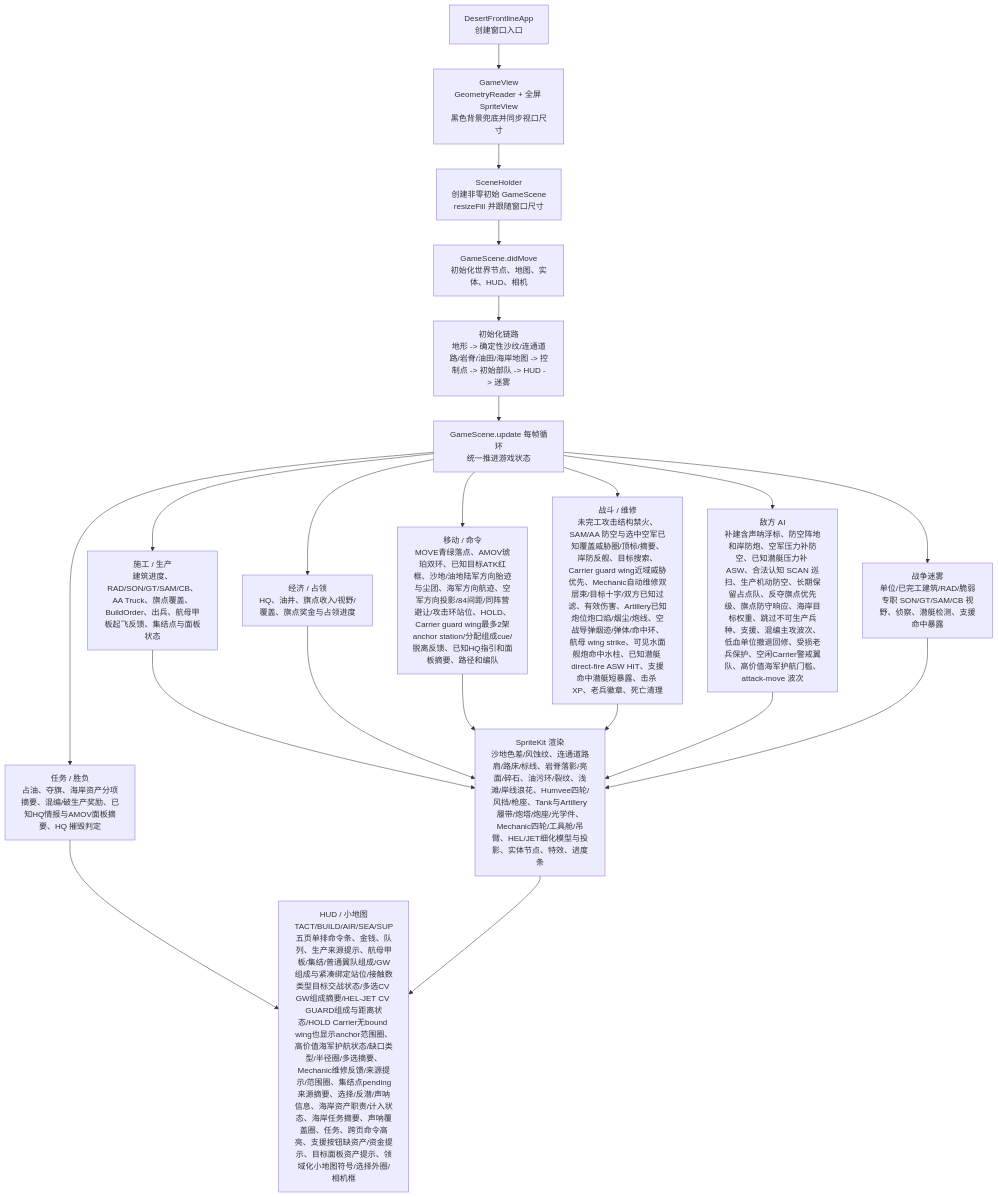
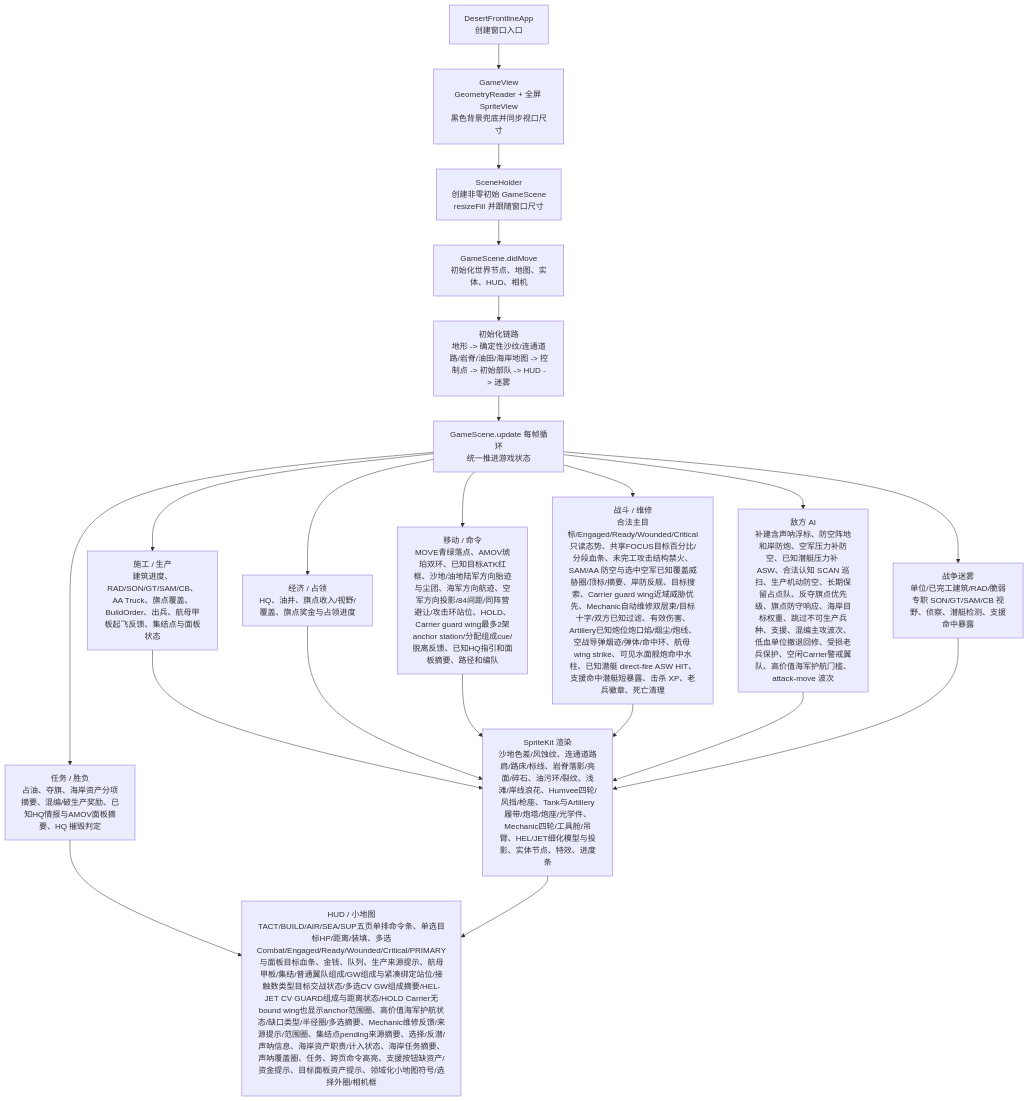
One commit to Altman-sam114/1145 changed the first of 3 diagrams in md/flow/flowchart.md. Above: the diagram before and after it, drawn with Mermaid. The commit also changed other lines of this file and 6 other files, not shown here.

````diff
--- a/md/flow/flowchart.md
+++ b/md/flow/flowchart.md
@@ -9,23 +9,23 @@
 ```mermaid
 flowchart TD
   App["DesertFrontlineApp\n创建窗口入口"] --> View["GameView\nGeometryReader + 全屏 SpriteView\n黑色背景兜底并同步视口尺寸"]
   View --> Holder["SceneHolder\n创建非零初始 GameScene\nresizeFill 并跟随窗口尺寸"]
   Holder --> Scene["GameScene.didMove\n初始化世界节点、地图、实体、HUD、相机"]
   Scene --> Init["初始化链路\n地形 -> 确定性沙纹/连通道路/岩脊/油田/海岸地图 -> 控制点 -> 初始部队 -> HUD -> 迷雾"]
   Init --> Loop["GameScene.update 每帧循环\n统一推进游戏状态"]
   Loop --> Build["施工 / 生产\n建筑进度、RAD/SON/GT/SAM/CB、AA Truck、旗点覆盖、BuildOrder、出兵、航母甲板起飞反馈、集结点与面板状态"]
   Loop --> Economy["经济 / 占领\nHQ、油井、旗点收入/视野/覆盖、旗点奖金与占领进度"]
   Loop --> Commands["移动 / 命令\nMOVE青绿落点、AMOV琥珀双环、已知目标ATK红框、沙地/油地陆军方向胎迹与尘团、海军方向航迹、空军方向投影/84间距/同阵营避让/攻击环站位、HOLD、Carrier guard wing最多2架anchor station/分配组成cue/脱离反馈、已知HQ指引和面板摘要、路径和编队"]
-  Loop --> Combat["战斗 / 维修\n未完工攻击结构禁火、SAM/AA 防空与选中空军已知覆盖威胁圈/顶标/摘要、岸防反舰、目标搜索、Carrier guard wing近域威胁优先、Mechanic自动维修双层束/目标十字/双方已知过滤、有效伤害、Artillery已知炮位炮口焰/烟尘/炮线、空战导弹烟迹/弹体/命中环、航母 wing strike、可见水面舰炮命中水柱、已知潜艇 direct-fire ASW HIT、支援命中潜艇短暴露、击杀 XP、老兵徽章、死亡清理"]
+  Loop --> Combat["战斗 / 维修\n合法主目标/Engaged/Ready/Wounded/Critical只读态势、共享FOCUS目标百分比/分段血条、未完工攻击结构禁火、SAM/AA 防空与选中空军已知覆盖威胁圈/顶标/摘要、岸防反舰、目标搜索、Carrier guard wing近域威胁优先、Mechanic自动维修双层束/目标十字/双方已知过滤、有效伤害、Artillery已知炮位炮口焰/烟尘/炮线、空战导弹烟迹/弹体/命中环、航母 wing strike、可见水面舰炮命中水柱、已知潜艇 direct-fire ASW HIT、支援命中潜艇短暴露、击杀 XP、老兵徽章、死亡清理"]
   Loop --> AI["敌方 AI\n补建含声呐浮标、防空阵地和岸防炮、空军压力补防空、已知潜艇压力补 ASW、合法认知 SCAN 巡扫、生产机动防空、长期保留占点队、反夺旗点优先级、旗点防守响应、海岸目标权重、跳过不可生产兵种、支援、混编主攻波次、低血单位撤退回修、受损老兵保护、空闲Carrier警戒翼队、高价值海军护航门槛、attack-move 波次"]
   Loop --> Fog["战争迷雾\n单位/已完工建筑/RAD/脆弱专职 SON/GT/SAM/CB 视野、侦察、潜艇检测、支援命中暴露"]
   Loop --> Mission["任务 / 胜负\n占油、夺旗、海岸资产分项摘要、混编/破生产奖励、已知HQ情报与AMOV面板摘要、HQ 摧毁判定"]
   Build --> Render["SpriteKit 渲染\n沙地色差/风蚀纹、连通道路肩/路床/标线、岩脊落影/亮面/碎石、油污环/裂纹、浅滩/岸线浪花、Humvee四轮/风挡/枪座、Tank与Artillery履带/炮塔/炮座/光学件、Mechanic四轮/工具舱/吊臂、HEL/JET细化模型与投影、实体节点、特效、进度条"]
   Economy --> Render
   Commands --> Render
   Combat --> Render
   AI --> Render
   Fog --> Render
-  Mission --> HUD["HUD / 小地图\nTACT/BUILD/AIR/SEA/SUP五页单排命令条、金钱、队列、生产来源提示、航母甲板/集结/普通翼队组成/GW组成与紧凑绑定站位/接触数类型目标交战状态/多选CV GW组成摘要/HEL-JET CV GUARD组成与距离状态/HOLD Carrier无bound wing也显示anchor范围圈、高价值海军护航状态/缺口类型/半径圈/多选摘要、Mechanic维修反馈/来源提示/范围圈、集结点pending来源摘要、选择/反潜/声呐信息、海岸资产职责/计入状态、海岸任务摘要、声呐覆盖圈、任务、跨页命令高亮、支援按钮缺资产/资金提示、目标面板资产提示、领域化小地图符号/选择外圈/相机框"]
+  Mission --> HUD["HUD / 小地图\nTACT/BUILD/AIR/SEA/SUP五页单排命令条、单选目标HP/距离/装填、多选Combat/Engaged/Ready/Wounded/Critical/PRIMARY与面板目标血条、金钱、队列、生产来源提示、航母甲板/集结/普通翼队组成/GW组成与紧凑绑定站位/接触数类型目标交战状态/多选CV GW组成摘要/HEL-JET CV GUARD组成与距离状态/HOLD Carrier无bound wing也显示anchor范围圈、高价值海军护航状态/缺口类型/半径圈/多选摘要、Mechanic维修反馈/来源提示/范围圈、集结点pending来源摘要、选择/反潜/声呐信息、海岸资产职责/计入状态、海岸任务摘要、声呐覆盖圈、任务、跨页命令高亮、支援按钮缺资产/资金提示、目标面板资产提示、领域化小地图符号/选择外圈/相机框"]
   Render --> HUD
 ```
````
